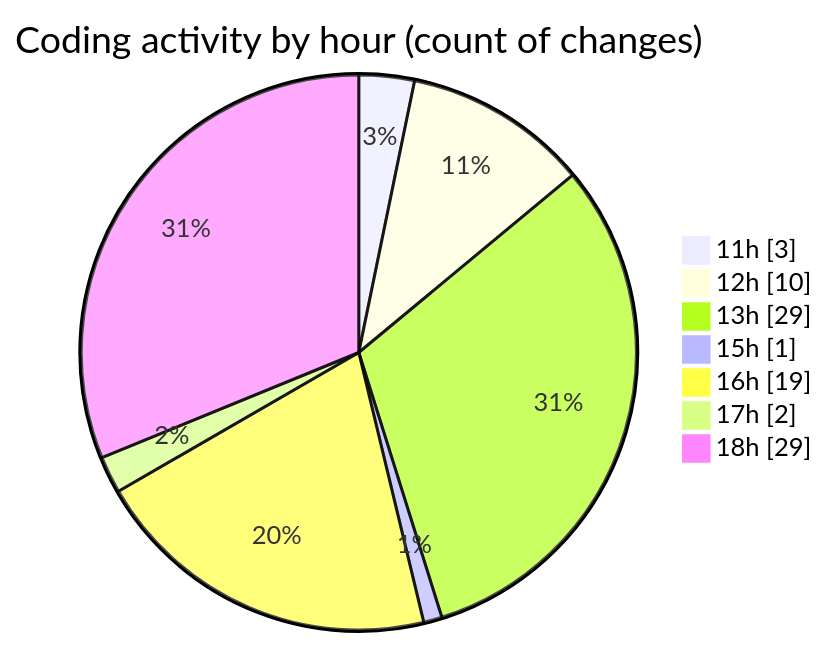
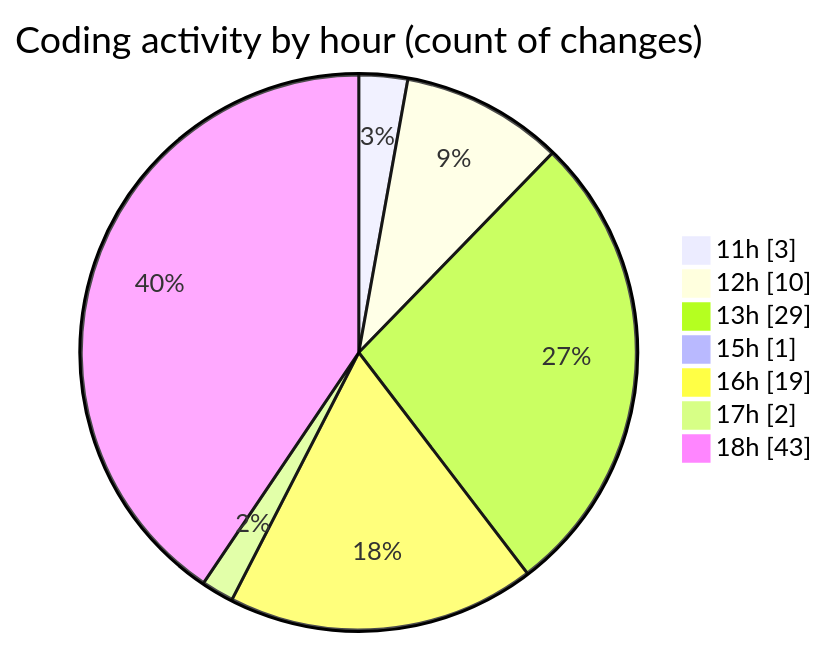
Before and after one commit to nxtqubesakshisongat/code-tracking: the second of 2 diagrams in 2025-09-09/nxtqube_webapp/README.md, drawn with Mermaid. The commit also changed other lines of this file and 1 other file, not shown here.

````diff
--- a/2025-09-09/nxtqube_webapp/README.md
+++ b/2025-09-09/nxtqube_webapp/README.md
@@ -31,11 +31,11 @@
 ```mermaid
 pie showData
 title Coding activity by hour (count of changes)
 "11h" : 3
 "12h" : 10
 "13h" : 29
 "15h" : 1
 "16h" : 19
 "17h" : 2
-"18h" : 29
+"18h" : 43
 ```
````
